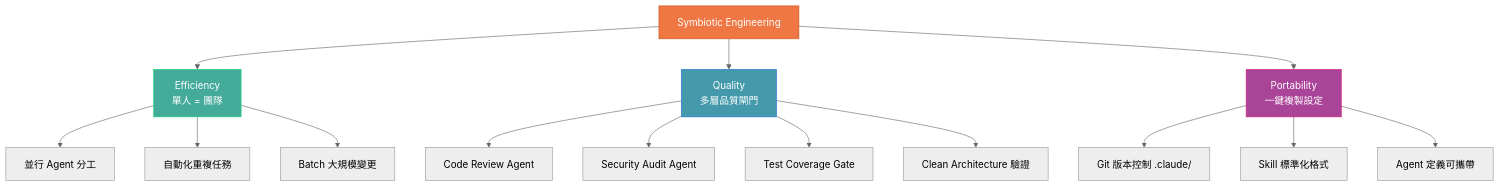
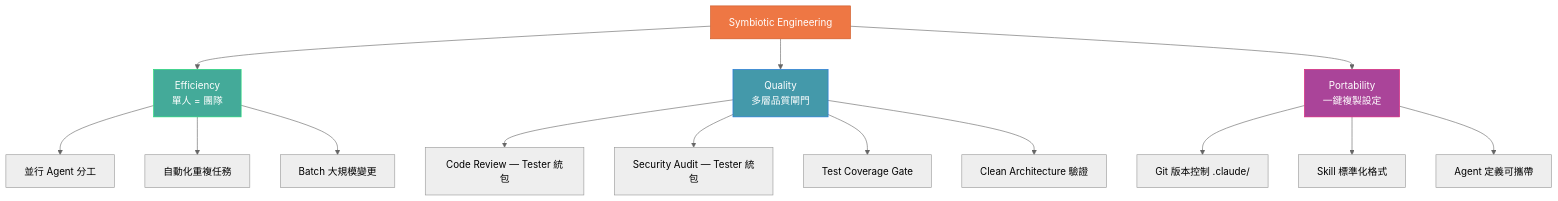
The first of 18 diagrams in docs/AGENT-ARMY-DESIGN.md (Muheng1992/symbiotic-engineering), drawn with Mermaid (neutral theme) before and after one commit. The commit also changed other lines of this file and 46 other files, not shown here.

````diff
--- a/docs/AGENT-ARMY-DESIGN.md
+++ b/docs/AGENT-ARMY-DESIGN.md
@@ -29,24 +29,24 @@
 ```mermaid
 graph TD
     A[Symbiotic Engineering] --> B[Efficiency<br/>單人 = 團隊]
     A --> C[Quality<br/>多層品質閘門]
     A --> D[Portability<br/>一鍵複製設定]
 
     B --> B1[並行 Agent 分工]
     B --> B2[自動化重複任務]
     B --> B3[Batch 大規模變更]
 
-    C --> C1[Code Review Agent]
-    C --> C2[Security Audit Agent]
+    C --> C1[Code Review — Tester 統包]
+    C --> C2[Security Audit — Tester 統包]
     C --> C3[Test Coverage Gate]
     C --> C4[Clean Architecture 驗證]
 
     D --> D1[Git 版本控制 .claude/]
     D --> D2[Skill 標準化格式]
     D --> D3[Agent 定義可攜帶]
 
     style A fill:#e74,stroke:#c52,color:#fff
     style B fill:#4a9,stroke:#2d7,color:#fff
     style C fill:#49a,stroke:#27d,color:#fff
     style D fill:#a49,stroke:#d27,color:#fff
 ```
````
